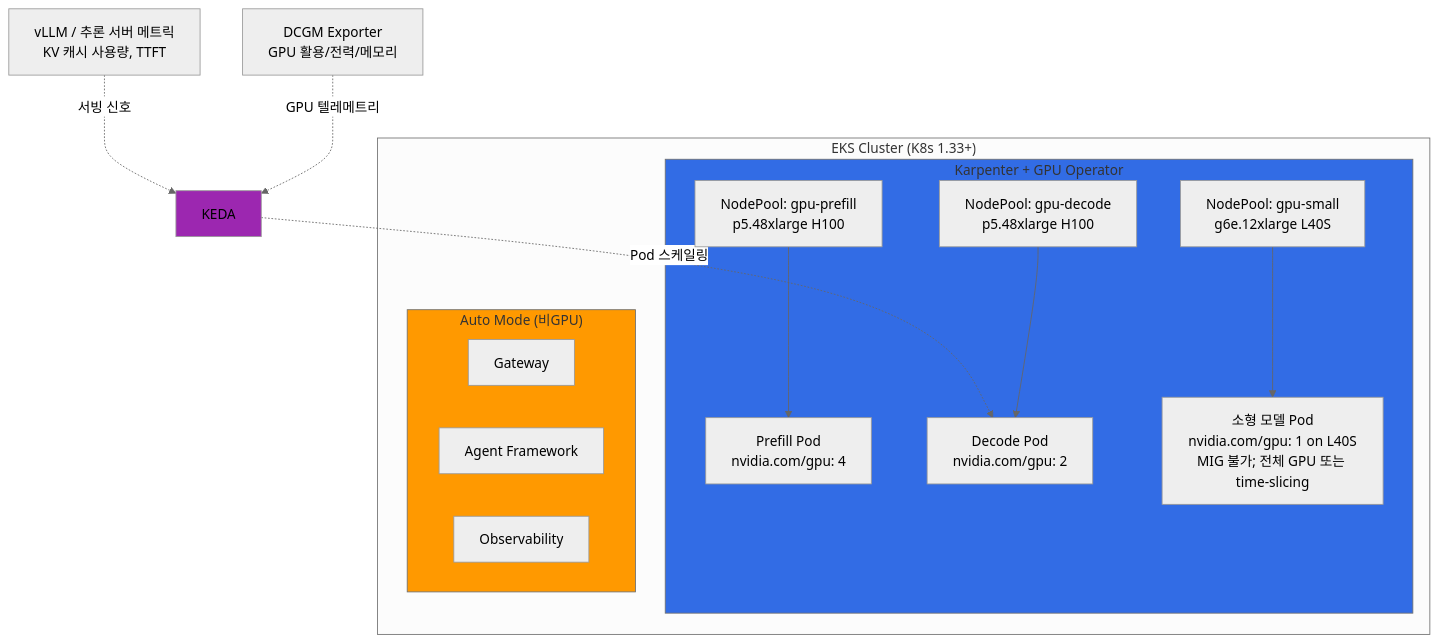
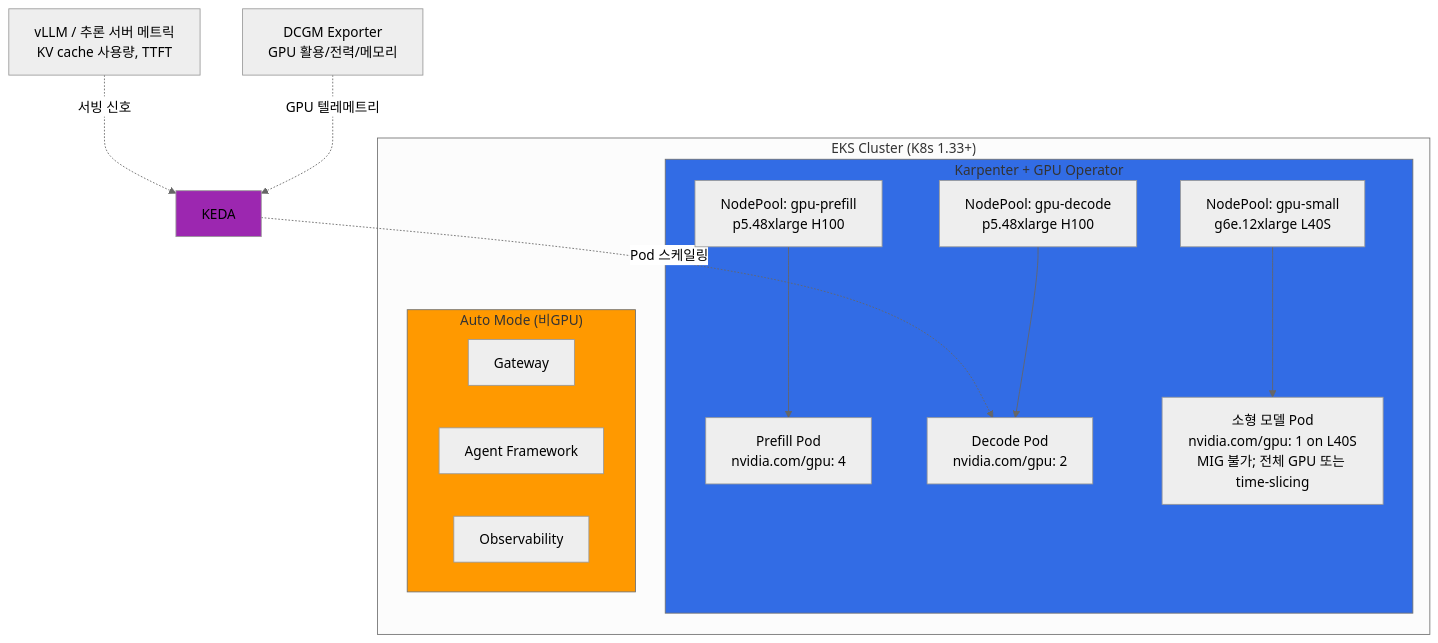
Before and after one commit to devfloor9/engineering-playbook: the third of 5 diagrams in i18n/ko/docusaurus-plugin-content-docs/current/agentic-ai-platform/model-serving/gpu-infrastructure/eks-gpu-node-strategy.md, drawn with Mermaid (neutral theme). The commit also changed other lines of this file and 2 other files, not shown here.

Commit message:
docs(i18n-ko): Normalize KV cache terminology in model-serving prose
Unify Korean prose/code-comment/table 'KV 캐시' to repo-standard 'KV cache' (#115) across model-serving docs, matching the English source. Preserves proper-noun layer names (KV Cache layer comparison, mermaid node labels) where EN also capitalizes.

````diff
--- a/i18n/ko/docusaurus-plugin-content-docs/current/agentic-ai-platform/model-serving/gpu-infrastructure/eks-gpu-node-strategy.md
+++ b/i18n/ko/docusaurus-plugin-content-docs/current/agentic-ai-platform/model-serving/gpu-infrastructure/eks-gpu-node-strategy.md
@@ -424,31 +424,31 @@
 ```mermaid
 flowchart TB
     subgraph Cluster["EKS Cluster (K8s 1.33+)"]
         subgraph KarpGPU["Karpenter + GPU Operator"]
             NP_PF[NodePool: gpu-prefill<br/>p5.48xlarge H100]
             NP_DC[NodePool: gpu-decode<br/>p5.48xlarge H100]
             NP_SM[NodePool: gpu-small<br/>g6e.12xlarge L40S]
             PF[Prefill Pod<br/>nvidia.com/gpu: 4]
             DC[Decode Pod<br/>nvidia.com/gpu: 2]
             SM[소형 모델 Pod<br/>nvidia.com/gpu: 1 on L40S<br/>MIG 불가; 전체 GPU 또는 time-slicing]
         end
 
         subgraph AutoMode["Auto Mode (비GPU)"]
             GW[Gateway]
             AGENT[Agent Framework]
             MON[Observability]
         end
     end
 
     KEDA[KEDA] -.->|Pod 스케일링| DC
-    VLLMM[vLLM / 추론 서버 메트릭<br/>KV 캐시 사용량, TTFT] -.->|서빙 신호| KEDA
+    VLLMM[vLLM / 추론 서버 메트릭<br/>KV cache 사용량, TTFT] -.->|서빙 신호| KEDA
     DCGM[DCGM Exporter<br/>GPU 활용/전력/메모리] -.->|GPU 텔레메트리| KEDA
 
     NP_PF --> PF
     NP_DC --> DC
     NP_SM --> SM
 
     style KarpGPU fill:#326ce5
     style AutoMode fill:#ff9900
     style KEDA fill:#9c27b0
 ```
````
